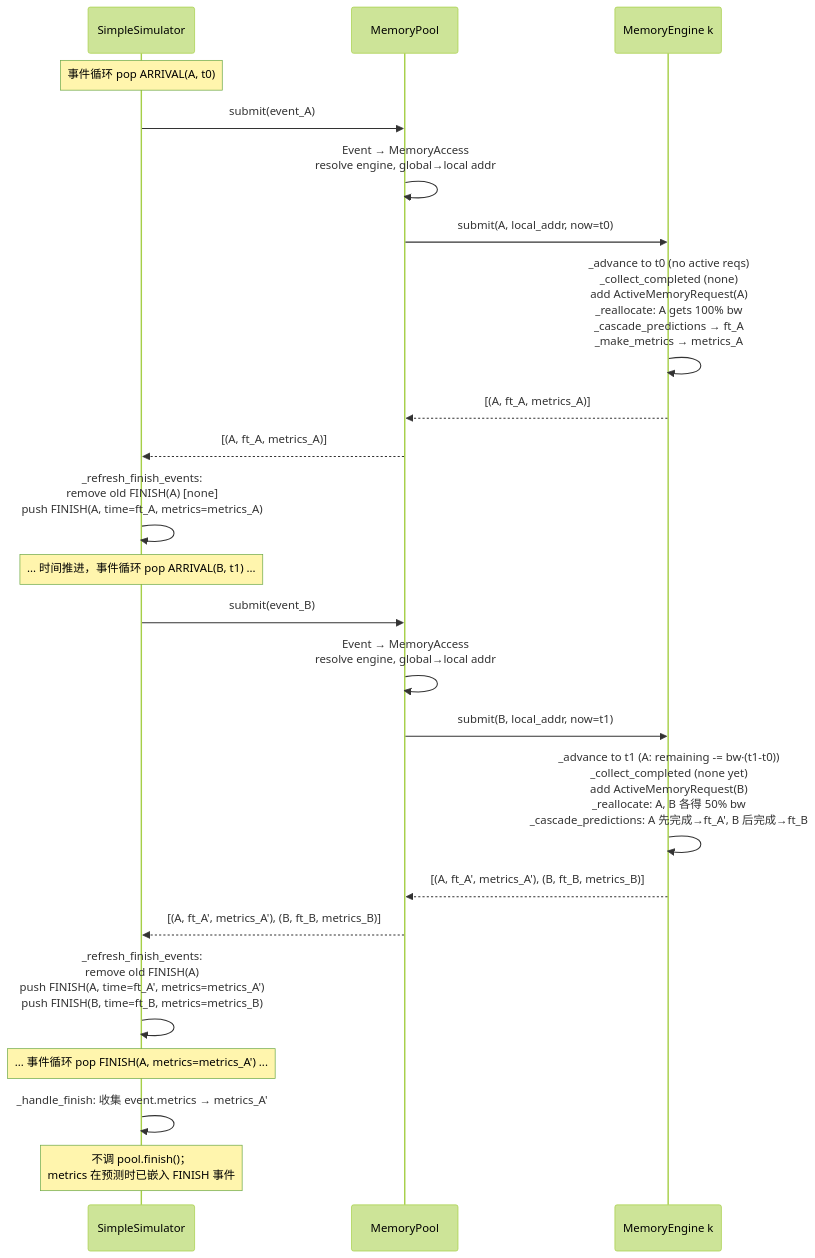
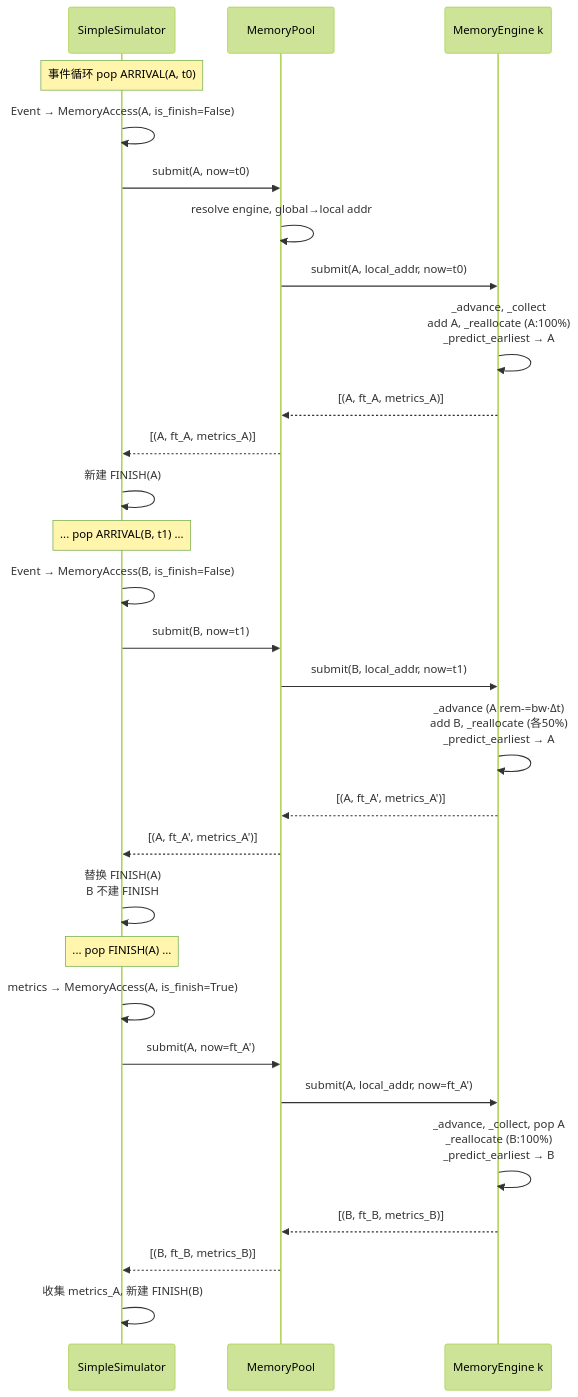
Before and after one commit to BeachBoyPesci/storage_mem_sim: the second of 2 diagrams in docs/multi_instance_analytic_contention_design.md, drawn with Mermaid (forest theme). The commit also changed other lines of this file and 18 other files, not shown here.

First line of the commit message:
refactor: unify event interface, simplify pool and engine

````diff
--- a/docs/multi_instance_analytic_contention_design.md
+++ b/docs/multi_instance_analytic_contention_design.md
@@ -404,33 +408,40 @@
 ```mermaid
 sequenceDiagram
     participant SIM as SimpleSimulator
     participant Pool as MemoryPool
     participant Eng as MemoryEngine k
 
     Note over SIM: 事件循环 pop ARRIVAL(A, t0)
 
-    SIM->>Pool: submit(event_A)
-    Pool->>Pool: Event → MemoryAccess<br/>resolve engine, global→local addr
+    SIM->>SIM: Event → MemoryAccess(A, is_finish=False)
+    SIM->>Pool: submit(A, now=t0)
+    Pool->>Pool: resolve engine, global→local addr
     Pool->>Eng: submit(A, local_addr, now=t0)
-    Eng->>Eng: _advance to t0 (no active reqs)<br/>_collect_completed (none)<br/>add ActiveMemoryRequest(A)<br/>_reallocate: A gets 100% bw<br/>_cascade_predictions → ft_A<br/>_make_metrics → metrics_A
+    Eng->>Eng: _advance, _collect<br/>add A, _reallocate (A:100%)<br/>_predict_earliest → A
     Eng-->>Pool: [(A, ft_A, metrics_A)]
     Pool-->>SIM: [(A, ft_A, metrics_A)]
 
-    SIM->>SIM: _refresh_finish_events:<br/>  remove old FINISH(A) [none]<br/>  push FINISH(A, time=ft_A, metrics=metrics_A)
+    SIM->>SIM: 新建 FINISH(A)
 
-    Note over SIM: ... 时间推进，事件循环 pop ARRIVAL(B, t1) ...
+    Note over SIM: ... pop ARRIVAL(B, t1) ...
 
-    SIM->>Pool: submit(event_B)
-    Pool->>Pool: Event → MemoryAccess<br/>resolve engine, global→local addr
+    SIM->>SIM: Event → MemoryAccess(B, is_finish=False)
+    SIM->>Pool: submit(B, now=t1)
     Pool->>Eng: submit(B, local_addr, now=t1)
-    Eng->>Eng: _advance to t1 (A: remaining -= bw·(t1-t0))<br/>_collect_completed (none yet)<br/>add ActiveMemoryRequest(B)<br/>_reallocate: A, B 各得 50% bw<br/>_cascade_predictions: A 先完成→ft_A', B 后完成→ft_B
-    Eng-->>Pool: [(A, ft_A', metrics_A'), (B, ft_B, metrics_B)]
-    Pool-->>SIM: [(A, ft_A', metrics_A'), (B, ft_B, metrics_B)]
+    Eng->>Eng: _advance (A rem-=bw·Δt)<br/>add B, _reallocate (各50%)<br/>_predict_earliest → A
+    Eng-->>Pool: [(A, ft_A', metrics_A')]
+    Pool-->>SIM: [(A, ft_A', metrics_A')]
 
-    SIM->>SIM: _refresh_finish_events:<br/>  remove old FINISH(A)<br/>  push FINISH(A, time=ft_A', metrics=metrics_A')<br/>  push FINISH(B, time=ft_B, metrics=metrics_B)
+    SIM->>SIM: 替换 FINISH(A)<br/>B 不建 FINISH
 
-    Note over SIM: ... 事件循环 pop FINISH(A, metrics=metrics_A') ...
+    Note over SIM: ... pop FINISH(A) ...
 
-    SIM->>SIM: _handle_finish: 收集 event.metrics → metrics_A'
-    Note over SIM: 不调 pool.finish()；<br/>metrics 在预测时已嵌入 FINISH 事件
+    SIM->>SIM: metrics → MemoryAccess(A, is_finish=True)
+    SIM->>Pool: submit(A, now=ft_A')
+    Pool->>Eng: submit(A, local_addr, now=ft_A')
+    Eng->>Eng: _advance, _collect, pop A<br/>_reallocate (B:100%)<br/>_predict_earliest → B
+    Eng-->>Pool: [(B, ft_B, metrics_B)]
+    Pool-->>SIM: [(B, ft_B, metrics_B)]
+
+    SIM->>SIM: 收集 metrics_A, 新建 FINISH(B)
 ```
````
